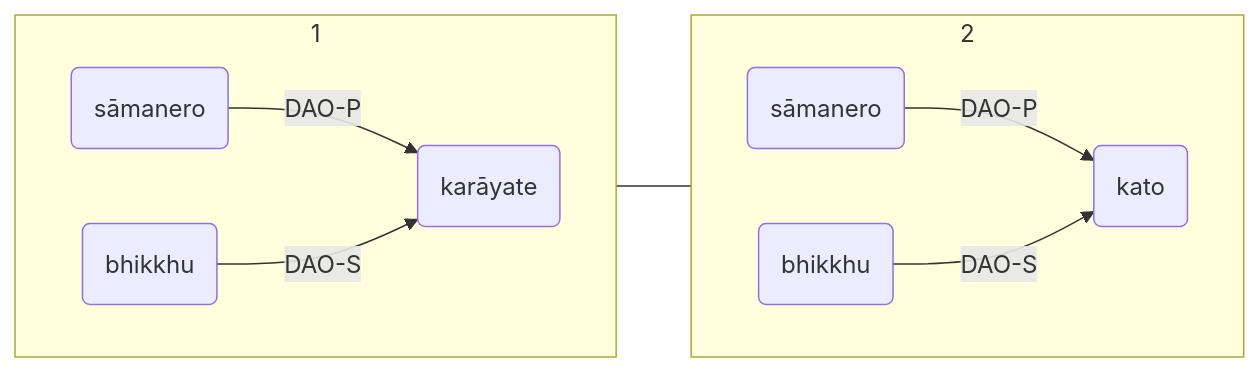
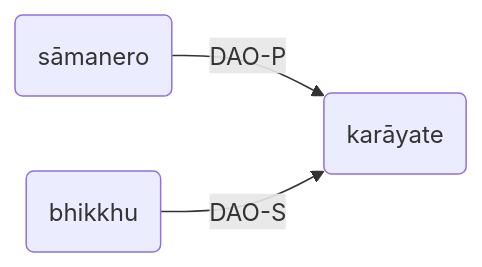
One commit to iapt-platform/pali-handbook changed the first of 5 diagrams in src/basic-relation/nom/nom-dao.md. Above: the diagram before and after it, drawn with Mermaid. The commit also changed 1 other file, not shown here.

Commit message:
修正用词

```diff
--- a/src/basic-relation/nom/nom-dao.md
+++ b/src/basic-relation/nom/nom-dao.md
@@ -8,20 +8,8 @@
 <div class="mermaid">
 flowchart LR
-subgraph 1
-direction LR
 A1("sāmanero")
 B1("bhikkhu")
 C1("karāyate")
 A1--DAO-P-->C1
 B1--DAO-S-->C1
-end
-1---2
-subgraph 2
-direction LR
-A2("sāmanero")
-B2("bhikkhu")
-C2("kato")
-A2--DAO-P-->C2
-B2--DAO-S-->C2
-end
 </div>
```
